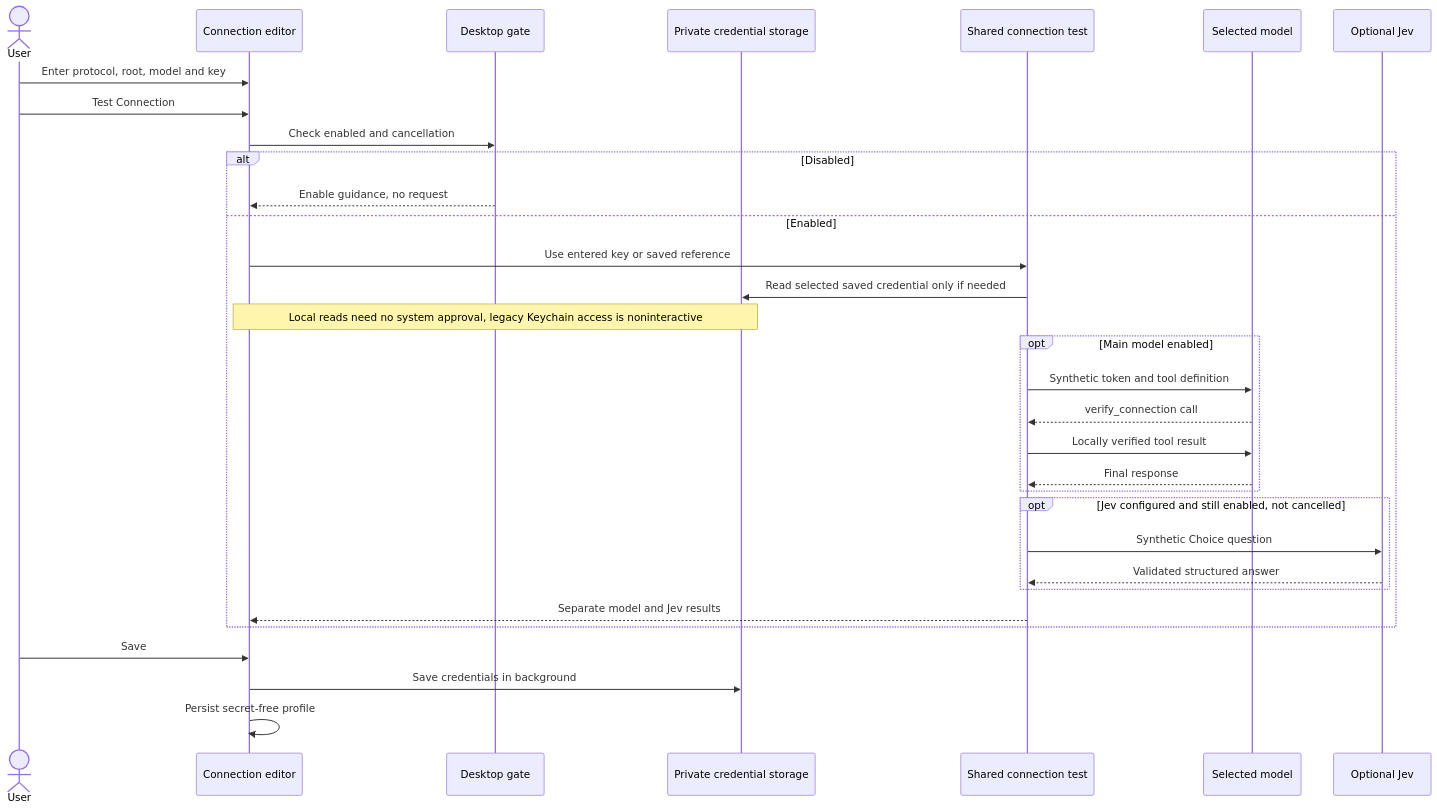
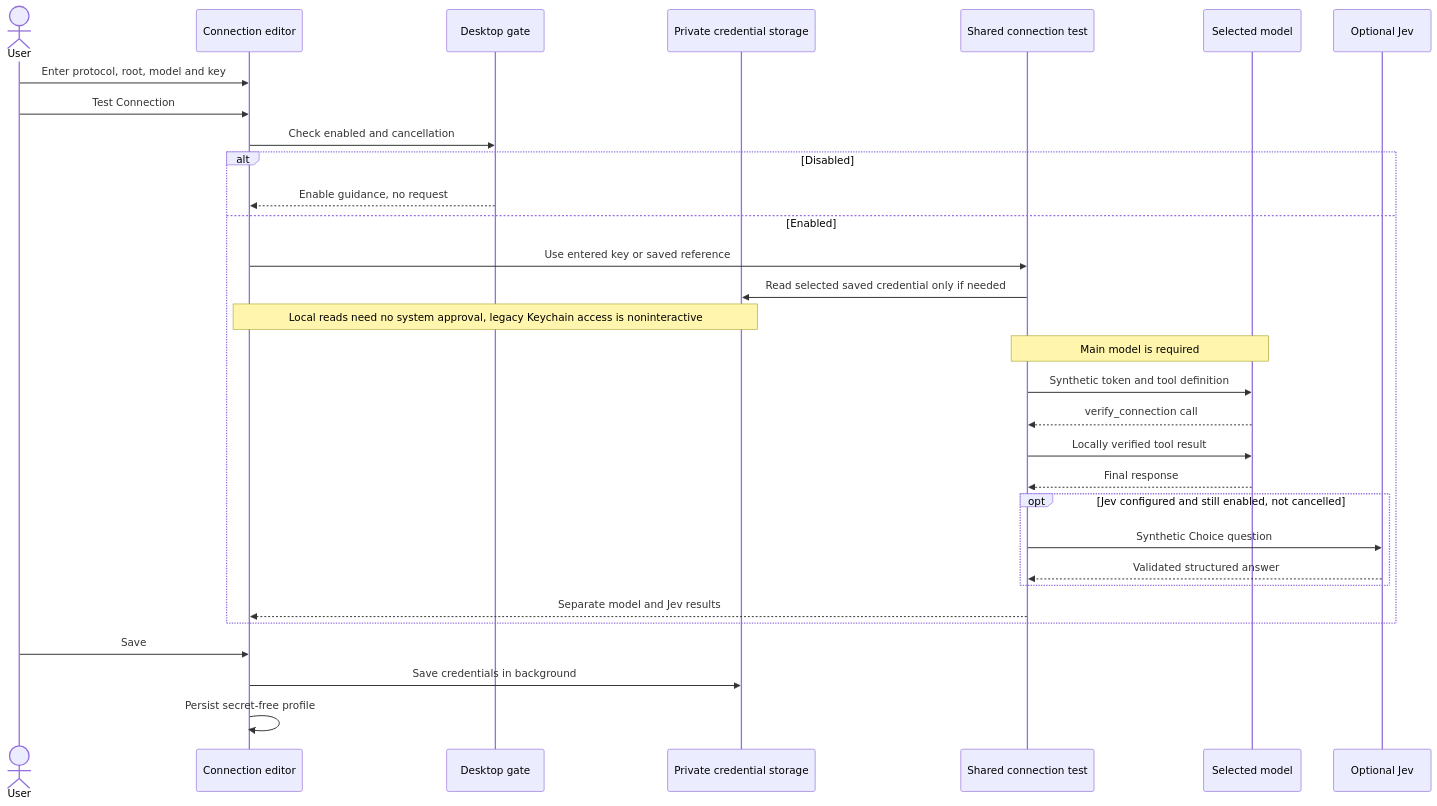
Before and after one commit to limecloud/shou: the sixth of 15 diagrams in docs/architecture/embedded-ai.md, drawn with Mermaid. The commit also changed 26 other files, not shown here.

````diff
--- a/docs/architecture/embedded-ai.md
+++ b/docs/architecture/embedded-ai.md
@@ -189,34 +189,33 @@
 ```mermaid
 sequenceDiagram
     actor U as User
     participant UI as Connection editor
     participant Gate as Desktop gate
     participant K as Private credential storage
     participant Test as Shared connection test
     participant M as Selected model
     participant J as Optional Jev
     U->>UI: Enter protocol, root, model and key
     U->>UI: Test Connection
     UI->>Gate: Check enabled and cancellation
     alt Disabled
         Gate-->>UI: Enable guidance, no request
     else Enabled
         UI->>Test: Use entered key or saved reference
         Test->>K: Read selected saved credential only if needed
         Note over UI,K: Local reads need no system approval, legacy Keychain access is noninteractive
-        opt Main model enabled
-            Test->>M: Synthetic token and tool definition
-            M-->>Test: verify_connection call
-            Test->>M: Locally verified tool result
-            M-->>Test: Final response
-        end
+        Note over Test,M: Main model is required
+        Test->>M: Synthetic token and tool definition
+        M-->>Test: verify_connection call
+        Test->>M: Locally verified tool result
+        M-->>Test: Final response
         opt Jev configured and still enabled, not cancelled
             Test->>J: Synthetic Choice question
             J-->>Test: Validated structured answer
         end
         Test-->>UI: Separate model and Jev results
     end
     U->>UI: Save
     UI->>K: Save credentials in background
     UI->>UI: Persist secret-free profile
 ```
````
